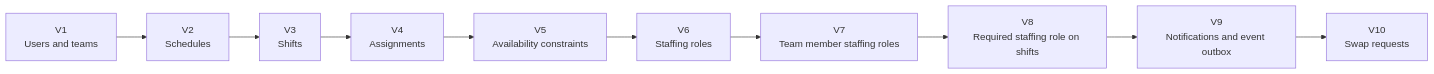
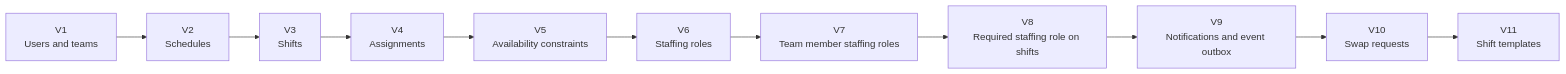
One commit to HiliMor/shift-management-system changed diagram 19 of 19 in docs/current-backend-architecture.md. Above: the diagram before and after it, drawn with Mermaid. The commit also changed other lines of this file and 12 other files, not shown here.

````diff
--- a/docs/current-backend-architecture.md
+++ b/docs/current-backend-architecture.md
@@ -693,15 +698,16 @@
 ```mermaid
 flowchart LR
     v1["V1<br/>Users and teams"]
     v2["V2<br/>Schedules"]
     v3["V3<br/>Shifts"]
     v4["V4<br/>Assignments"]
     v5["V5<br/>Availability constraints"]
     v6["V6<br/>Staffing roles"]
     v7["V7<br/>Team member staffing roles"]
     v8["V8<br/>Required staffing role on shifts"]
     v9["V9<br/>Notifications and event outbox"]
     v10["V10<br/>Swap requests"]
+    v11["V11<br/>Shift templates"]
 
-    v1 --> v2 --> v3 --> v4 --> v5 --> v6 --> v7 --> v8 --> v9 --> v10
+    v1 --> v2 --> v3 --> v4 --> v5 --> v6 --> v7 --> v8 --> v9 --> v10 --> v11
 ```
````
